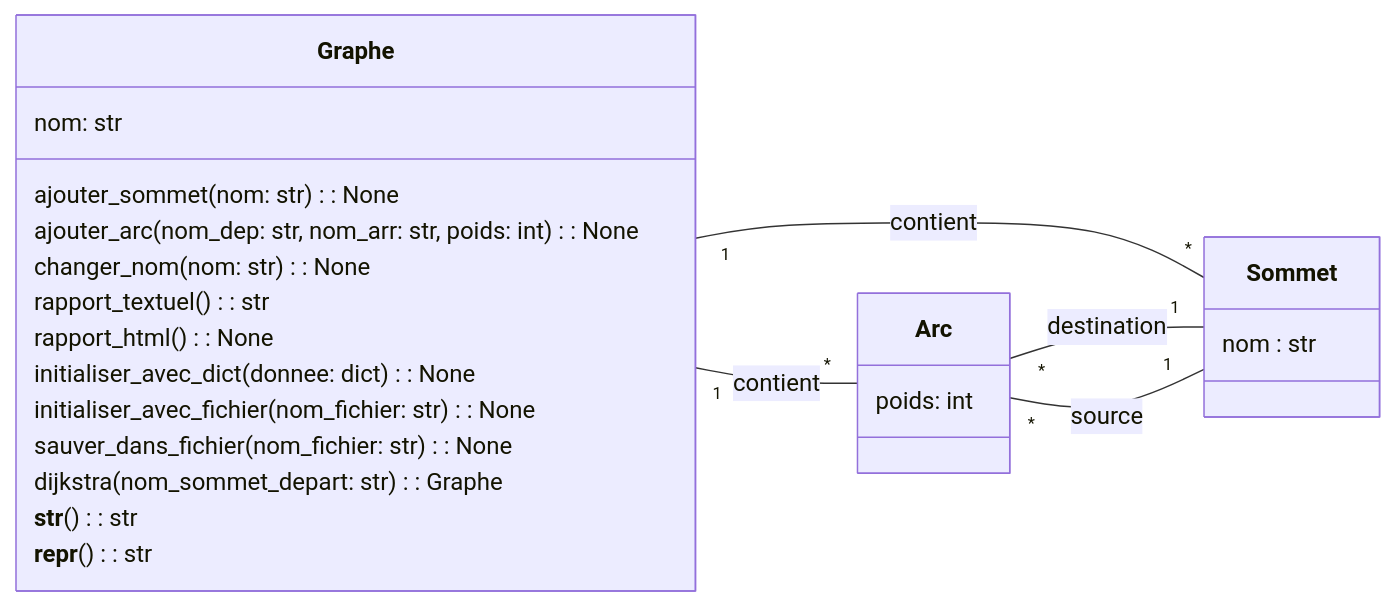
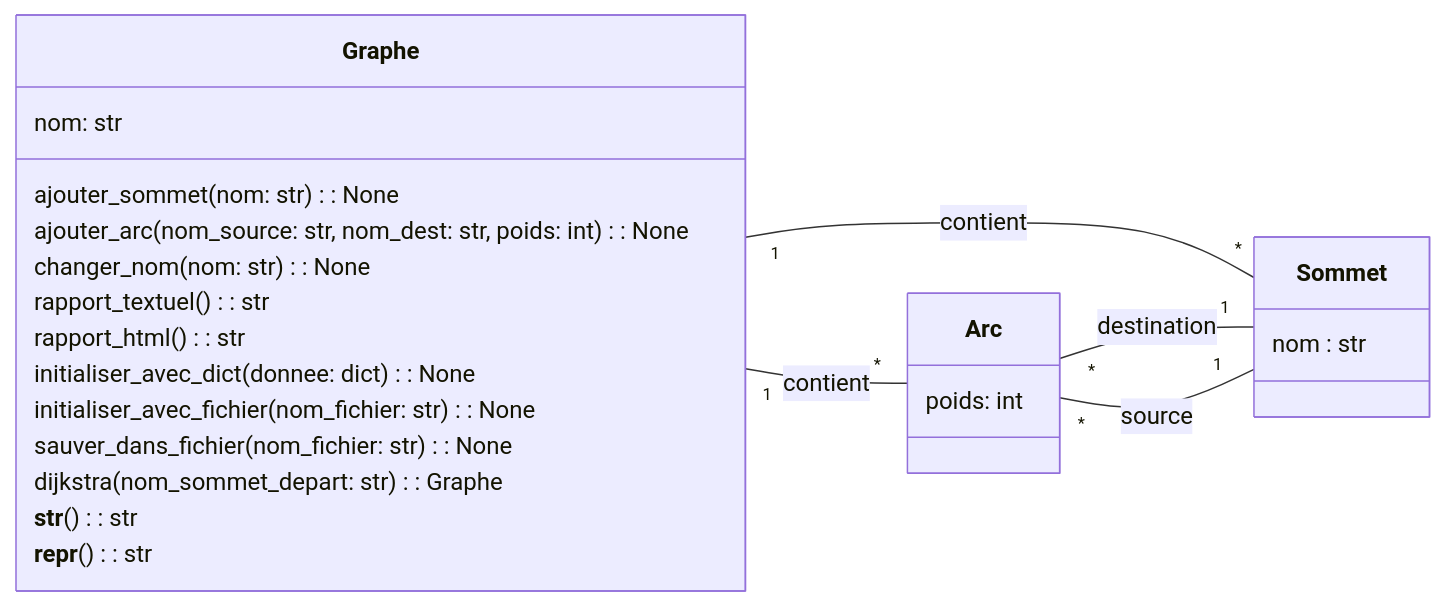
Before and after one commit to bruno2nis/ldd3_104_info: the second of 2 diagrams in _sources/content/4c_modelisation.md, drawn with Mermaid. The commit also changed other lines of this file and 19 other files, not shown here.

````diff
--- a/_sources/content/4c_modelisation.md
+++ b/_sources/content/4c_modelisation.md
@@ -170,31 +45,31 @@
 ```{mermaid}
 classDiagram
     direction LR
     Graphe "1" -- "*" Arc: contient
     Graphe "1" -- "*" Sommet: contient
     Arc "*" -- "1" Sommet: destination
     Arc "*" -- "1" Sommet: source
 
     class Graphe{
         nom: str
         ajouter_sommet(nom: str): None
-        ajouter_arc(nom_dep: str, nom_arr: str, poids: int): None
+        ajouter_arc(nom_source: str, nom_dest: str, poids: int): None
         changer_nom(nom: str): None
         rapport_textuel(): str
-        rapport_html(): None
+        rapport_html(): str
         initialiser_avec_dict(donnee: dict): None
         initialiser_avec_fichier(nom_fichier: str): None
         sauver_dans_fichier(nom_fichier: str): None
         dijkstra(nom_sommet_depart: str): Graphe
         __str__(): str
         __repr__(): str
     }
 
     class Arc{
         poids: int
     }
 
     class Sommet{
         nom : str
     }
 ```
````
